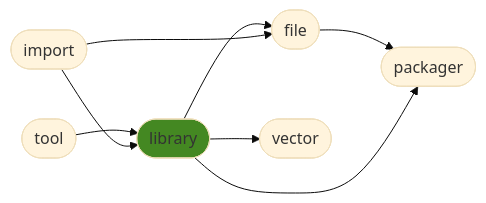
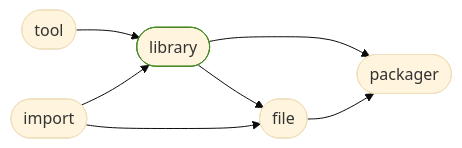
The diagram in README.md (ManderaGeneral/generallibrary), drawn with Mermaid (base theme) before and after one commit. The commit also changed other lines of this file and 5 other files, not shown here.

````diff
--- a/README.md
+++ b/README.md
@@ -24,17 +24,15 @@
 ```mermaid
 flowchart LR
-2([library]) --> 4([vector])
+2([library]) --> 4([packager])
+2([library]) --> 3([file])
+0([import]) --> 3([file])
 1([tool]) --> 2([library])
-3([file]) --> 5([packager])
-2([library]) --> 3([file])
+3([file]) --> 4([packager])
 0([import]) --> 2([library])
-0([import]) --> 3([file])
-2([library]) --> 5([packager])
 click 0 "https://github.com/ManderaGeneral/generalimport"
 click 1 "https://github.com/ManderaGeneral/generaltool"
 click 2 "https://github.com/ManderaGeneral/generallibrary"
 click 3 "https://github.com/ManderaGeneral/generalfile"
-click 4 "https://github.com/ManderaGeneral/generalvector"
-click 5 "https://github.com/ManderaGeneral/generalpackager"
-style 2 fill:#482
+click 4 "https://github.com/ManderaGeneral/generalpackager"
+style 2 stroke:#482
 ```
````
